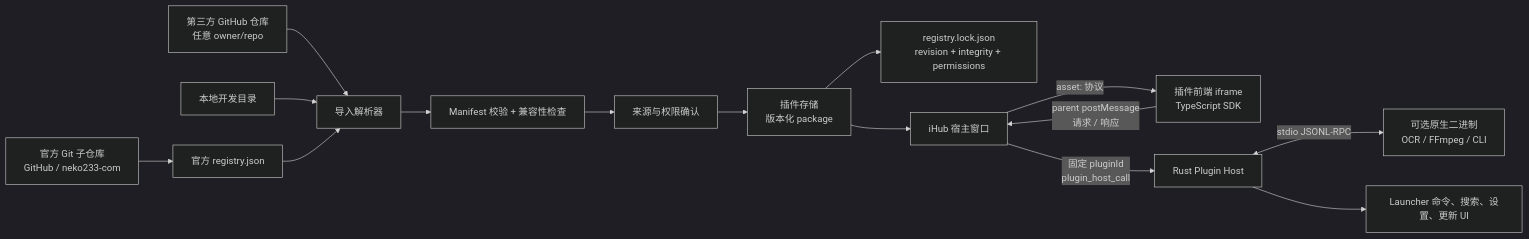
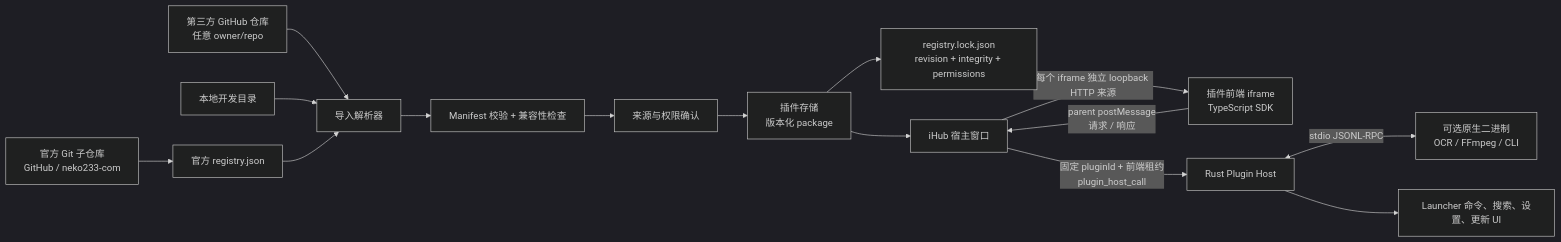
One commit to neko233-com/ihub changed the diagram in docs/PLUGIN_ARCHITECTURE.md. Above: the diagram before and after it, drawn with Mermaid (dark theme). The commit also changed other lines of this file and 7 other files, not shown here.

````diff
--- a/docs/PLUGIN_ARCHITECTURE.md
+++ b/docs/PLUGIN_ARCHITECTURE.md
@@ -16,17 +16,17 @@
 ```mermaid
 flowchart LR
   A["官方 Git 子仓库\nGitHub / neko233-com"] --> R["官方 registry.json"]
   B["第三方 GitHub 仓库\n任意 owner/repo"] --> I["导入解析器"]
   C["本地开发目录"] --> I
   R --> I
   I --> V["Manifest 校验 + 兼容性检查"]
   V --> P["来源与权限确认"]
   P --> S["插件存储\n版本化 package"]
   S --> L["registry.lock.json\nrevision + integrity + permissions"]
   S --> W["iHub 宿主窗口"]
-  W -->|"asset: 协议"| F["插件前端 iframe\nTypeScript SDK"]
+  W -->|"每个 iframe 独立 loopback HTTP 来源"| F["插件前端 iframe\nTypeScript SDK"]
   F -->|"parent postMessage\n请求 / 响应"| W
-  W -->|"固定 pluginId\nplugin_host_call"| H["Rust Plugin Host"]
+  W -->|"固定 pluginId + 前端租约\nplugin_host_call"| H["Rust Plugin Host"]
   H <-->|"stdio JSONL-RPC"| N["可选原生二进制\nOCR / FFmpeg / CLI"]
   H --> U["Launcher 命令、搜索、设置、更新 UI"]
 ```
````
